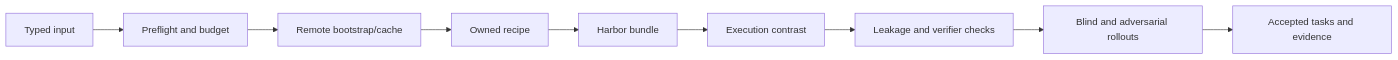
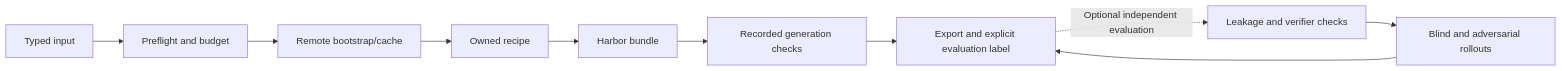
One commit to huggingface/Repo2RLEnv changed the diagram in docs/rfcs/0011-owned-recipes.md. Above: the diagram before and after it, drawn with Mermaid. The commit also changed other lines of this file and 135 other files, not shown here.

````diff
--- a/docs/rfcs/0011-owned-recipes.md
+++ b/docs/rfcs/0011-owned-recipes.md
@@ -42,11 +38,12 @@
 ```mermaid
 flowchart LR
   A[Typed input] --> B[Preflight and budget]
   B --> C[Remote bootstrap/cache]
   C --> D[Owned recipe]
   D --> E[Harbor bundle]
-  E --> F[Execution contrast]
-  F --> G[Leakage and verifier checks]
+  E --> F[Recorded generation checks]
+  F --> I[Export and explicit evaluation label]
+  I -. Optional independent evaluation .-> G[Leakage and verifier checks]
   G --> H[Blind and adversarial rollouts]
-  H --> I[Accepted tasks and evidence]
+  H --> I
 ```
````
